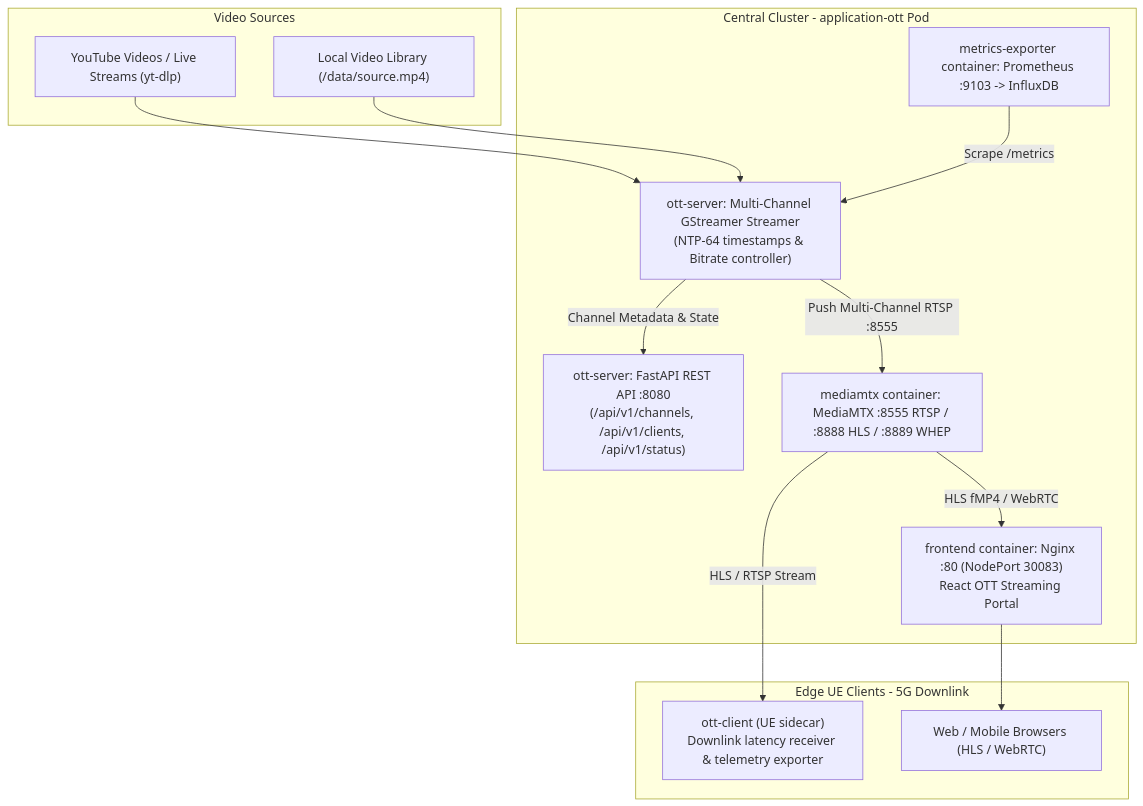
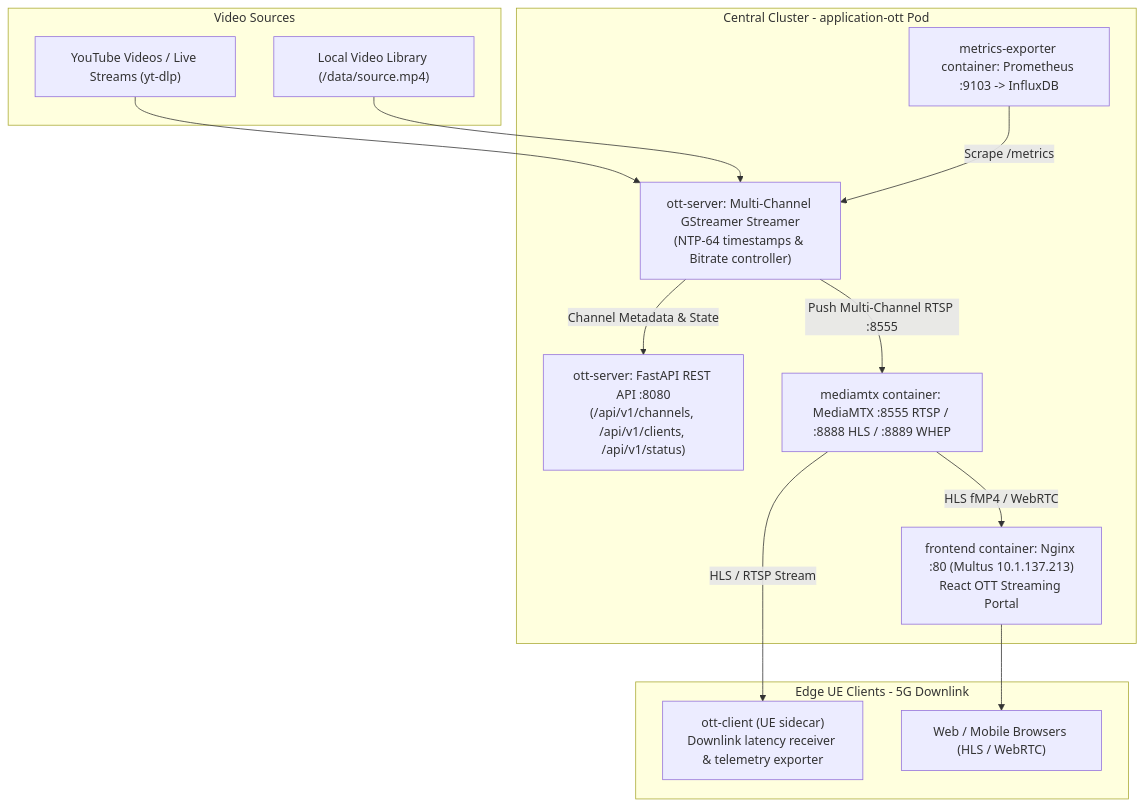
The diagram in docs/ott.md (FCCLab/INA-Infra), drawn with Mermaid before and after one commit. The commit also changed other lines of this file and 145 other files, not shown here.

````diff
--- a/docs/ott.md
+++ b/docs/ott.md
@@ -14,29 +14,29 @@
 ```mermaid
 flowchart TD
   subgraph sources [Video Sources]
     YT["YouTube Videos / Live Streams (yt-dlp)"]
     Local["Local Video Library (/data/source.mp4)"]
   end
 
   subgraph server_pod [Central Cluster - application-ott Pod]
     OttEngine["ott-server: Multi-Channel GStreamer Streamer\n(NTP-64 timestamps & Bitrate controller)"]
     Api["ott-server: FastAPI REST API :8080\n(/api/v1/channels, /api/v1/clients, /api/v1/status)"]
     Mtx["mediamtx container: MediaMTX :8555 RTSP / :8888 HLS / :8889 WHEP"]
-    Ui["frontend container: Nginx :80 (NodePort 30083)\nReact OTT Streaming Portal"]
+    Ui["frontend container: Nginx :80 (Multus 10.1.137.213)\nReact OTT Streaming Portal"]
     Metric["metrics-exporter container: Prometheus :9103 -> InfluxDB"]
   end
 
   subgraph ue [Edge UE Clients - 5G Downlink]
     Cli["ott-client (UE sidecar)\nDownlink latency receiver & telemetry exporter"]
     Web["Web / Mobile Browsers (HLS / WebRTC)"]
   end
 
   YT --> OttEngine
   Local --> OttEngine
   OttEngine -->|"Push Multi-Channel RTSP :8555"| Mtx
   OttEngine -->|"Channel Metadata & State"| Api
   Mtx -->|"HLS fMP4 / WebRTC"| Ui
   Mtx -->|"HLS / RTSP Stream"| Cli
   Ui --> Web
   Metric -->|"Scrape /metrics"| OttEngine
 ```
````
